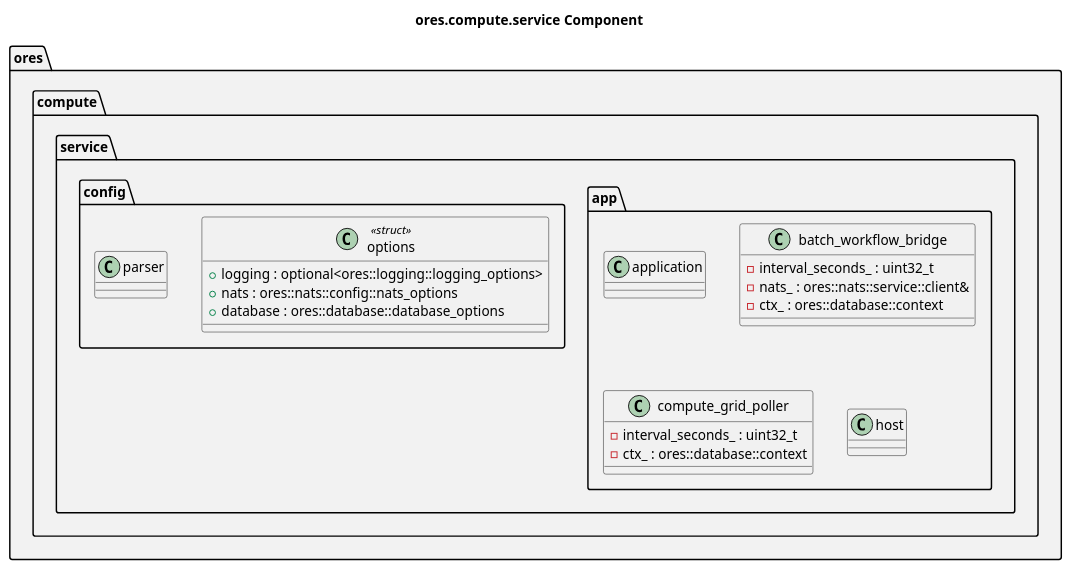
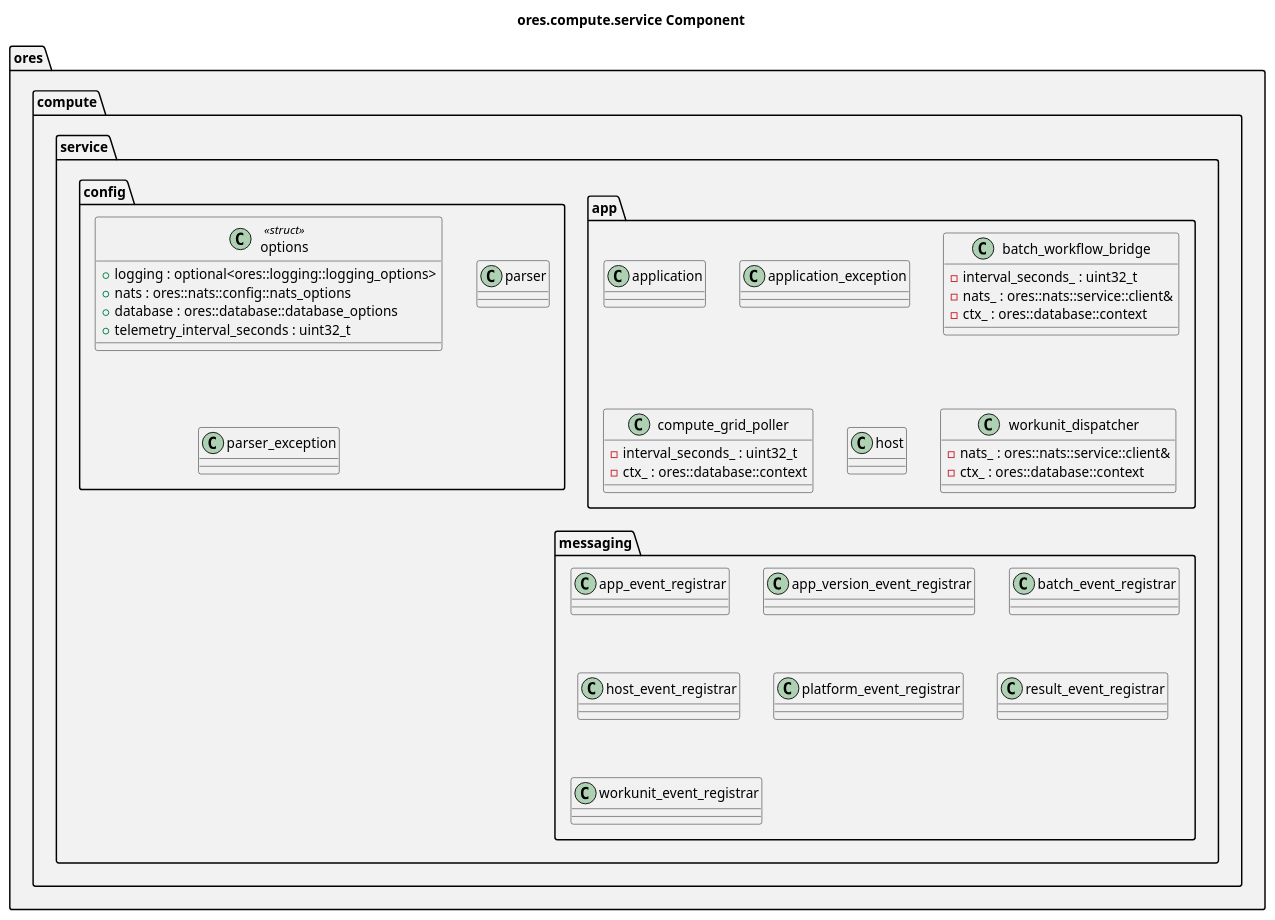
The diagram in projects/ores.compute/service/modeling/ores.compute.service.puml (OreStudio/OreStudio), drawn with PlantUML before and after one commit. The commit also changed 62 other files, not shown here.

```diff
--- a/projects/ores.compute/service/modeling/ores.compute.service.puml
+++ b/projects/ores.compute/service/modeling/ores.compute.service.puml
@@ -18,43 +18,68 @@
 @startuml
 
 title ores.compute.service Component
 
 set namespaceSeparator ::
 
 namespace ores #F2F2F2 {
     namespace compute #F2F2F2 {
         namespace service #F2F2F2 {
             namespace app #F2F2F2 {
                 class application {
                 }
+                class application_exception {
+                }
                 class batch_workflow_bridge {
                     -interval_seconds_ : uint32_t
                     -nats_ : ores::nats::service::client&
                     -ctx_ : ores::database::context
                 }
                 class compute_grid_poller {
                     -interval_seconds_ : uint32_t
                     -ctx_ : ores::database::context
                 }
                 class host {
                 }
+                class workunit_dispatcher {
+                    -nats_ : ores::nats::service::client&
+                    -ctx_ : ores::database::context
+                }
             }
             namespace config #F2F2F2 {
                 class options <<struct>> {
                     +logging : optional<ores::logging::logging_options>
                     +nats : ores::nats::config::nats_options
                     +database : ores::database::database_options
+                    +telemetry_interval_seconds : uint32_t
                 }
                 class parser {
+                }
+                class parser_exception {
+                }
+            }
+            namespace messaging #F2F2F2 {
+                class app_event_registrar {
+                }
+                class app_version_event_registrar {
+                }
+                class batch_event_registrar {
+                }
+                class host_event_registrar {
+                }
+                class platform_event_registrar {
+                }
+                class result_event_registrar {
+                }
+                class workunit_event_registrar {
                 }
             }
         }
     }
 }
 
 ' --- manual: everything below this line is hand-authored; the script preserves it ---
 
 ' Local Variables:
 ' compile-command: "java -Djava.awt.headless=true -DPLANTUML_SECURITY_PROFILE=UNSECURE -DPLANTUML_LIMIT_SIZE=65535 -jar /usr/share/plantuml/plantuml.jar ores.compute.service.puml"
 ' End:
 @enduml
```
